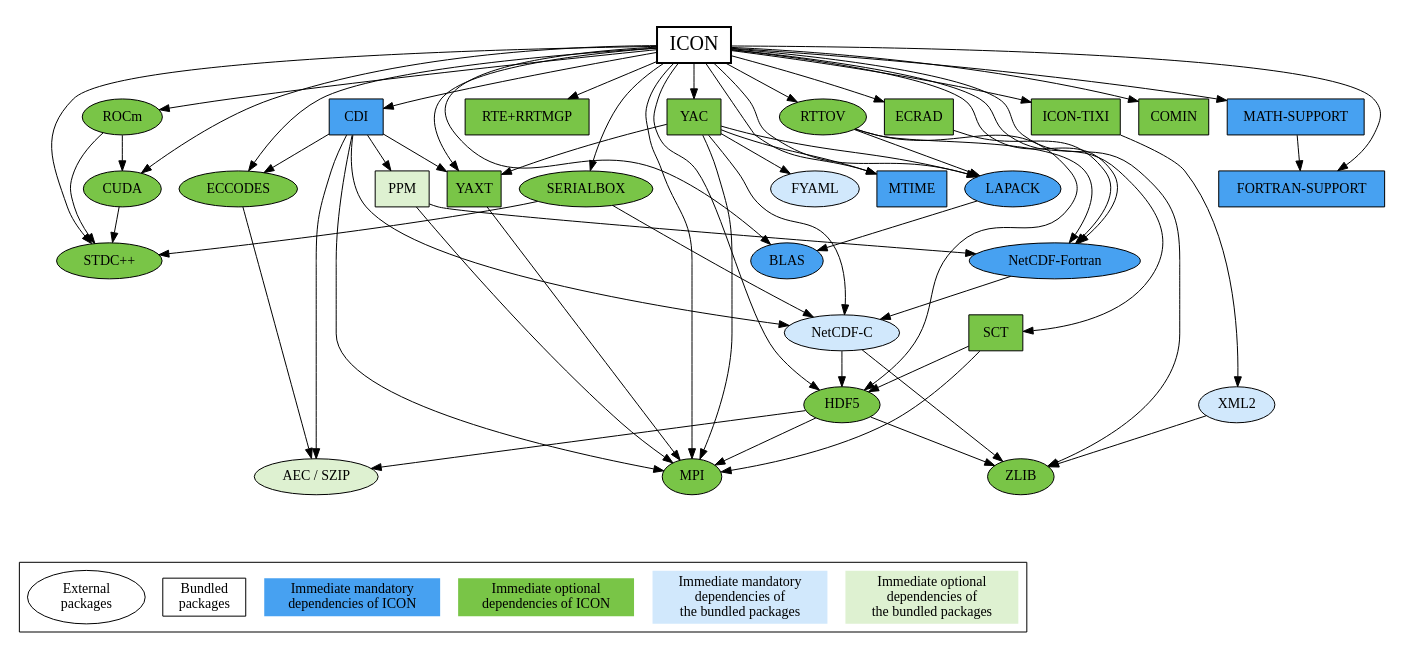
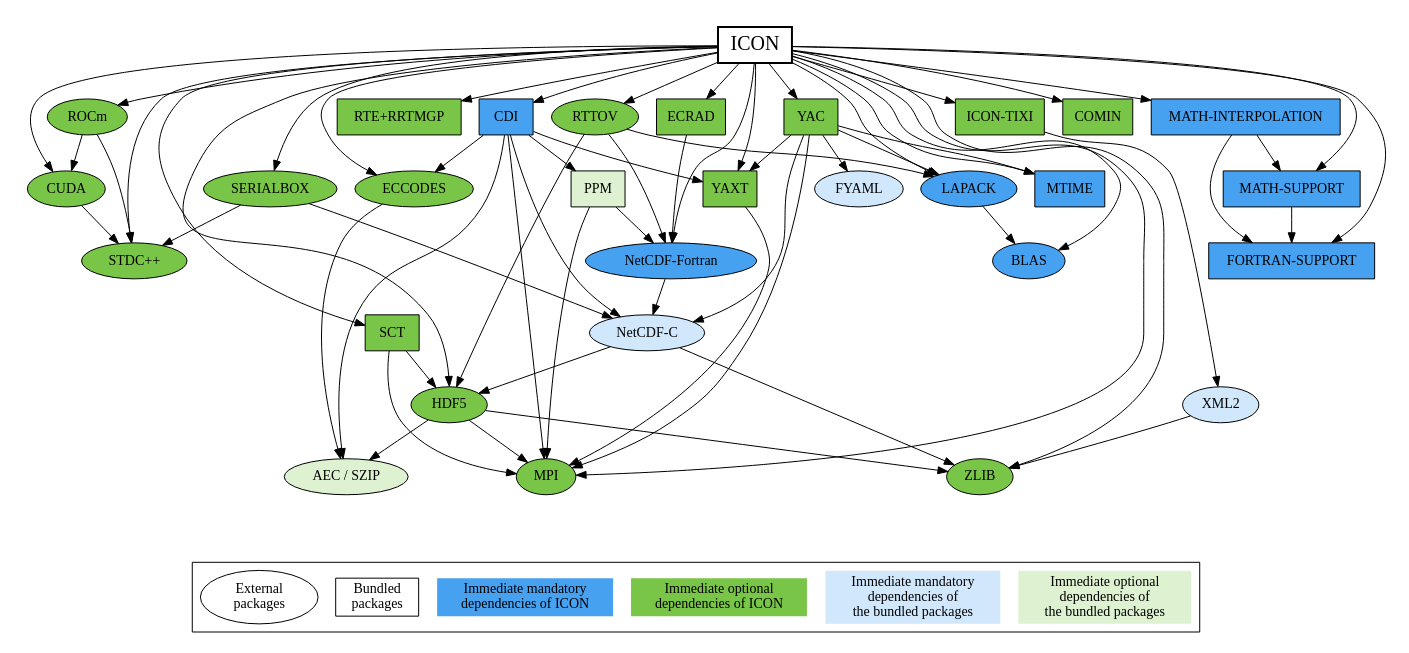
One commit to leuty/icon-model changed the diagram in doc/config/icon-config-doc-depgraph.dot. Above: the diagram before and after it, drawn with Graphviz. The commit also changed 11 other files, not shown here.

First line of the commit message:
[mpim] Creating the math-interpolation library and adding it to ICON

```diff
--- a/doc/config/icon-config-doc-depgraph.dot
+++ b/doc/config/icon-config-doc-depgraph.dot
@@ -1,122 +1,126 @@
 // ICON
 //
 // ---------------------------------------------------------------
 // Copyright (C) 2004-2024, DWD, MPI-M, DKRZ, KIT, ETH, MeteoSwiss
 // Contact information: icon-model.org
 // See AUTHORS.TXT for a list of authors
 // See LICENSES/ for license information
 // SPDX-License-Identifier: BSD-3-Clause
 // ---------------------------------------------------------------
 
 digraph ICON {
 
 	node [style=filled; shape=oval; fillcolor="#79C547"];
 
 	subgraph clusterMain {
 
 		graph [peripheries=0];
 
 		"ICON" [shape=box; fillcolor=white; fontsize=20; penwidth=2.0];
 		"ICON" -> {"STDC++"; "CUDA"; "ROCm"; "MPI"; "ZLIB"; "HDF5";
 			       "NetCDF-Fortran"; "RTE+RRTMGP"; "ECRAD"; "BLAS";
 			       "LAPACK"; "RTTOV"; "SCT"; "YAXT"; "ECCODES";
 			       "CDI"; "SERIALBOX"; "MTIME"; "YAC"; "ICON-TIXI";
-			       "COMIN"; "FORTRAN-SUPPORT"; "MATH-SUPPORT"};
+			       "COMIN"; "FORTRAN-SUPPORT"; "MATH-SUPPORT";
+			       "MATH-INTERPOLATION"};
 
 		"STDC++";
 
 		"CUDA";
 		"CUDA" -> {"STDC++"};
 
 		"ROCm";
 		"ROCm" -> {"STDC++"; "CUDA"};
 
 		"MPI";
 
 		"ZLIB";
 
 		"HDF5";
 		"HDF5" -> {"MPI"; "ZLIB"; "AEC / SZIP"};
 
 		"NetCDF-Fortran" [shape=oval; fillcolor="#47A1F1"]
 		"NetCDF-Fortran" -> {"NetCDF-C"};
 
 		"RTE+RRTMGP" [shape=box];
 
 		"ECRAD" [shape=box];
 		"ECRAD" -> {"NetCDF-Fortran"};
 
 		"BLAS" [fillcolor="#47A1F1"];
 
 		"LAPACK" [fillcolor="#47A1F1"];
 		"LAPACK" -> {"BLAS"};
 
 		"RTTOV";
 		"RTTOV" -> {"HDF5"; "NetCDF-Fortran"; "LAPACK"};
 
 		"SCT" [shape=box];
 		"SCT" -> {"MPI"; "HDF5"};
 
 		"YAXT" [shape=box];
 		"YAXT" -> {"MPI"};
 
 		"ECCODES";
 		"ECCODES" -> {"AEC / SZIP"};
 
 		"CDI" [shape=box; fillcolor="#47A1F1"];
 		"CDI" -> {"MPI"; "YAXT"; "ECCODES"; "AEC / SZIP"; "NetCDF-C"; "PPM"};
 
 		"SERIALBOX";
 		"SERIALBOX" -> {"STDC++"; "NetCDF-C"};
 
 		"MTIME" [shape=box; fillcolor="#47A1F1"];
 
 		"YAC" [shape=box];
 		"YAC" -> {"MPI"; "LAPACK"; "YAXT"; "MTIME"; "NetCDF-C"; "FYAML"};
 
 		"ICON-TIXI" [shape=box];
 		"ICON-TIXI" -> {"XML2"};
 
 		"COMIN" [shape=box];
 
 		"FORTRAN-SUPPORT" [shape=box; fillcolor="#47A1F1"];
 
 		"MATH-SUPPORT" [shape=box; fillcolor="#47A1F1"];
 		"MATH-SUPPORT" -> {"FORTRAN-SUPPORT"};
 
+		"MATH-INTERPOLATION" [shape=box; fillcolor="#47A1F1"];
+		"MATH-INTERPOLATION" -> {"FORTRAN-SUPPORT"; "MATH-SUPPORT"};
+
 		"AEC / SZIP" [fillcolor="#DEF1D1"];
 		"AEC / SZIP";
 
 		"NetCDF-C" [fillcolor="#D1E8FC"];
 		"NetCDF-C" -> {"ZLIB"; "HDF5"};
 
 		"PPM" [shape=box; fillcolor="#DEF1D1"];
 		"PPM" -> {"MPI"; "NetCDF-Fortran"};
 
 		"FYAML" [fillcolor="#D1E8FC"];
 		"FYAML";
 
 		"XML2" [fillcolor="#D1E8FC"];
 		"XML2" -> {"ZLIB"};
 
 		{
 			rank=sink;
 			bottomNode [shape=point; style=invis];
 		}
 	}
 
 	subgraph clusterLegend {
 		{
 			rank=same;
 			external -> bundled -> mandatoryIcon -> optionalIcon -> mandatoryBundled -> optionalBundled [style=invis];
 			external [label="External\npackages"; fillcolor=white];
 			bundled [label="Bundled\npackages"; shape=box; fillcolor=white];
 			mandatoryIcon [label="Immediate mandatory\ndependencies of ICON"; shape=plaintext; fillcolor="#47A1F1"];
 			optionalIcon [label="Immediate optional\ndependencies of ICON"; shape=plaintext];
 			mandatoryBundled [label="Immediate mandatory\ndependencies of\nthe bundled packages"; shape=plaintext; fillcolor="#D1E8FC"];
 			optionalBundled [label="Immediate optional\ndependencies of\nthe bundled packages"; shape=plaintext; fillcolor="#DEF1D1"];
 		}
 	}
 
 	bottomNode -> external:nw [style=invis];
 }
```
